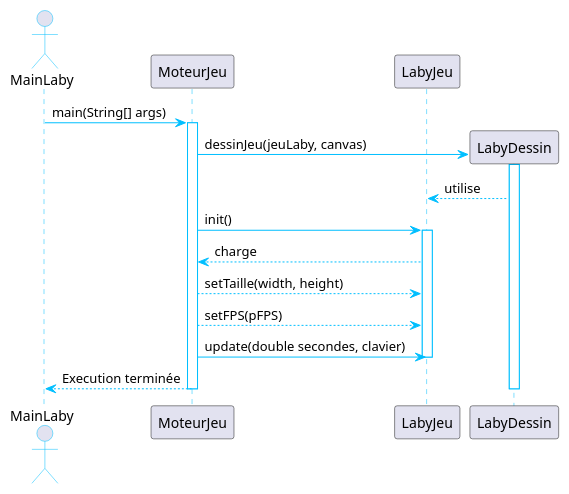
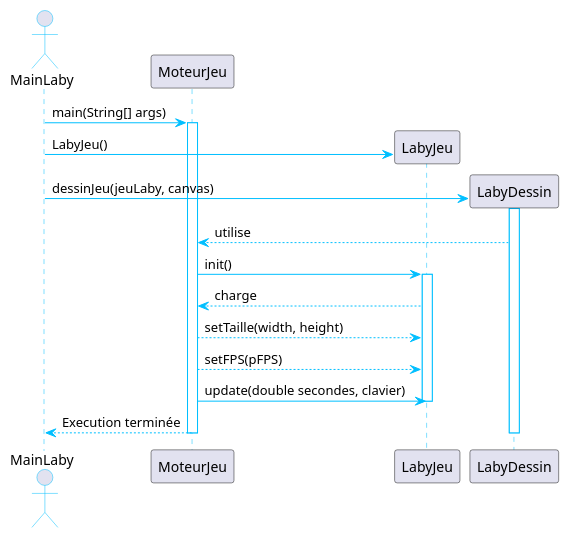
Before and after one commit to 1001ms/2023_Zeldiablo_walczak_amaglio_arcelin_berret_brun: the diagram in documents/version_1/diagSeq_moteur_jeu.puml, drawn with PlantUML. The commit also changed 1 other file, not shown here.

Commit message:
Correction DiagSeq MoteurJeu

```diff
--- a/documents/version_1/diagSeq_moteur_jeu.puml
+++ b/documents/version_1/diagSeq_moteur_jeu.puml
@@ -1,32 +1,33 @@
 @startuml
 'https://plantuml.com/sequence-diagram
 
 ' Activation style
 ' Activation style
 skinparam sequence {
     ArrowColor DeepSkyBlue
     ActorBorderColor DeepSkyBlue
     LifeLineBorderColor DeepSkyBlue
 }
 
 actor MainLaby
 
 MainLaby -> MoteurJeu: main(String[] args)
 activate MoteurJeu
 create LabyJeu
+MainLaby -> LabyJeu : LabyJeu()
 create LabyDessin
-MoteurJeu -> LabyDessin: dessinJeu(jeuLaby, canvas)
+MainLaby -> LabyDessin: dessinJeu(jeuLaby, canvas)
 activate LabyDessin
-LabyDessin --> LabyJeu: utilise
+LabyDessin --> MoteurJeu: utilise
 MoteurJeu -> LabyJeu: init()
 activate LabyJeu
 LabyJeu --> MoteurJeu: charge
 MoteurJeu --> LabyJeu: setTaille(width, height)
 MoteurJeu --> LabyJeu: setFPS(pFPS)
 MoteurJeu -> LabyJeu: update(double secondes, clavier)
 deactivate LabyJeu
 MainLaby <-- MoteurJeu: Execution terminée
 deactivate LabyDessin
 deactivate MoteurJeu
 
 @enduml
```
